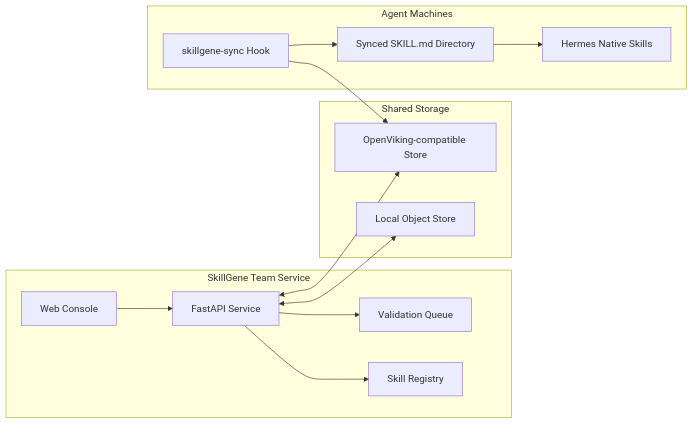
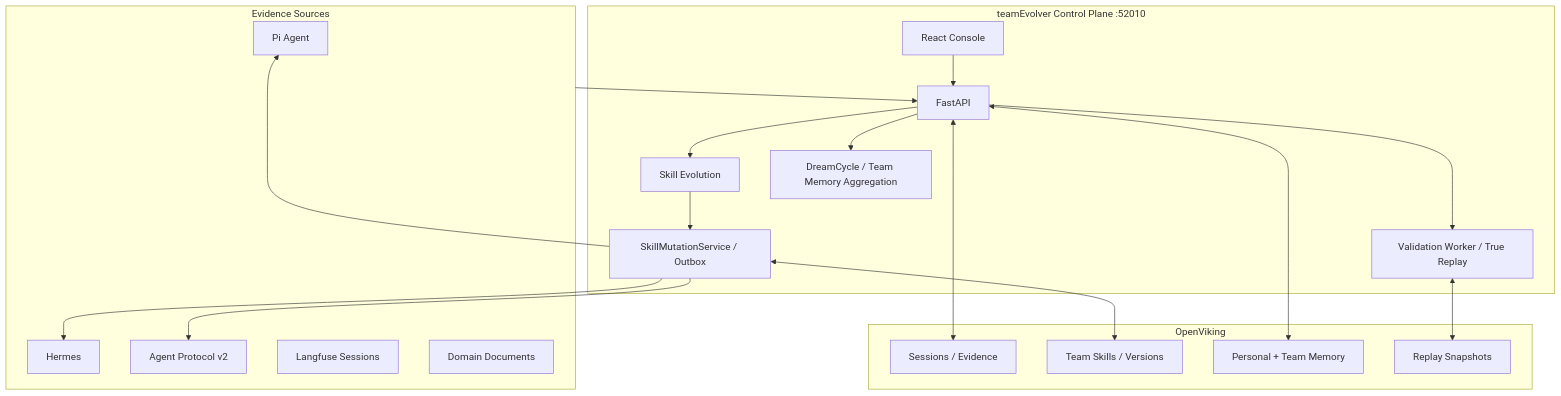
One commit to leoriczhang/teamEvolver changed the second of 2 diagrams in README.md. Above: the diagram before and after it, drawn with Mermaid. The commit also changed other lines of this file and 1056 other files, not shown here.

First line of the commit message:
feat: update teamEvolver platform

````diff
--- a/README.md
+++ b/README.md
@@ -72,29 +91,40 @@
 ```mermaid
-flowchart LR
-    subgraph Team["SkillGene Team Service"]
-        Console["Web Console"]
-        API["FastAPI Service"]
-        Registry["Skill Registry"]
-        Validation["Validation Queue"]
+flowchart TB
+    subgraph Sources["Evidence Sources"]
+        Pi["Pi Agent"]
+        Hermes["Hermes"]
+        Generic["Agent Protocol v2"]
+        LFIn["Langfuse Sessions"]
+        Docs["Domain Documents"]
     end
 
-    subgraph Storage["Shared Storage"]
-        Local["Local Object Store"]
-        Viking["OpenViking-compatible Store"]
+    subgraph Control["teamEvolver Control Plane :52010"]
+        Console["React Console"]
+        API["FastAPI"]
+        Evolution["Skill Evolution"]
+        Replay["Validation Worker / True Replay"]
+        Memory["DreamCycle / Team Memory Aggregation"]
+        Mutation["SkillMutationService / Outbox"]
     end
 
-    subgraph Agent["Agent Machines"]
-        Sync["skillgene-sync Hook"]
-        Dir["Synced SKILL.md Directory"]
-        Hermes["Hermes Native Skills"]
+    subgraph Context["OpenViking"]
+        Sessions["Sessions / Evidence"]
+        Skills["Team Skills / Versions"]
+        Memories["Personal + Team Memory"]
+        Snapshots["Replay Snapshots"]
     end
 
+    Sources --> API
     Console --> API
-    API --> Registry
-    API --> Validation
-    API <--> Local
-    API <--> Viking
-    Sync --> Viking
-    Sync --> Dir
-    Dir --> Hermes
+    API --> Evolution
+    API --> Replay
+    API --> Memory
+    Evolution --> Mutation
+    Mutation <--> Skills
+    API <--> Sessions
+    API <--> Memories
+    Replay <--> Snapshots
+    Mutation --> Pi
+    Mutation --> Hermes
+    Mutation --> Generic
 ```
````
